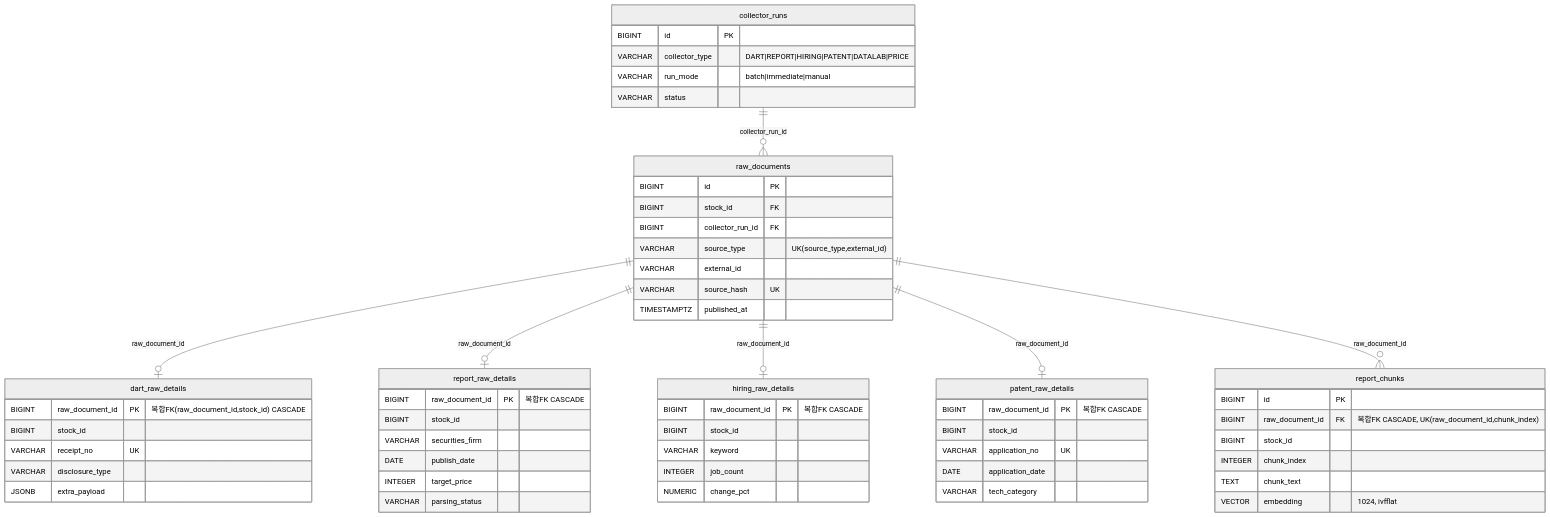
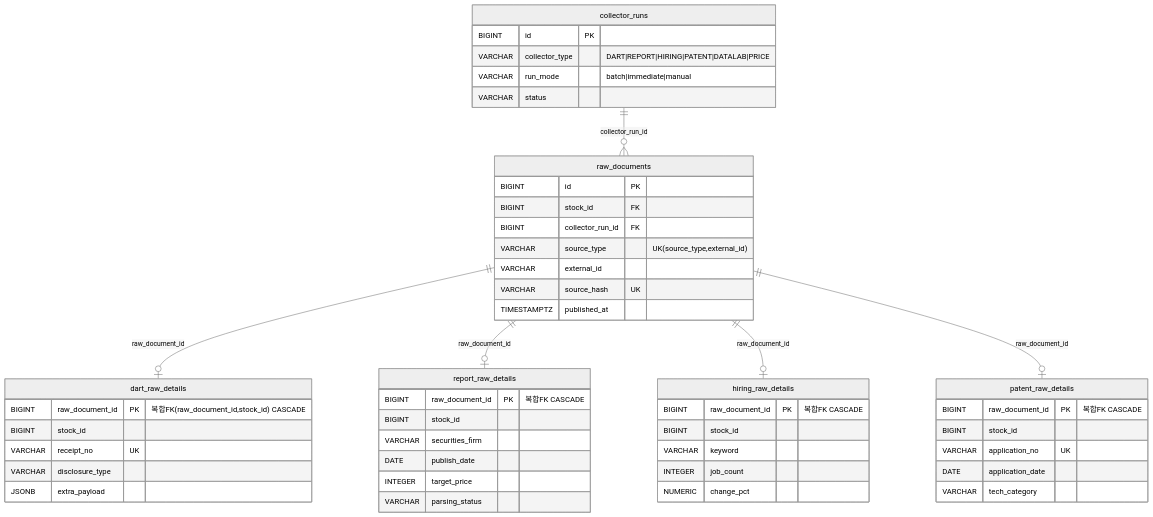
One commit to AIX14-3/signal-alpha changed the second of 10 diagrams in database/erd/signal_alpha_core_erd.md. Above: the diagram before and after it, drawn with Mermaid (neutral theme). The commit also changed other lines of this file and 16 other files, not shown here.

````diff
--- a/database/erd/signal_alpha_core_erd.md
+++ b/database/erd/signal_alpha_core_erd.md
@@ -59,68 +59,58 @@
 ```mermaid
 erDiagram
     collector_runs {
         BIGINT id PK
         VARCHAR collector_type "DART|REPORT|HIRING|PATENT|DATALAB|PRICE"
         VARCHAR run_mode "batch|immediate|manual"
         VARCHAR status
     }
 
     raw_documents {
         BIGINT id PK
         BIGINT stock_id FK
         BIGINT collector_run_id FK
         VARCHAR source_type "UK(source_type,external_id)"
         VARCHAR external_id
         VARCHAR source_hash UK
         TIMESTAMPTZ published_at
     }
 
     dart_raw_details {
         BIGINT raw_document_id PK "복합FK(raw_document_id,stock_id) CASCADE"
         BIGINT stock_id
         VARCHAR receipt_no UK
         VARCHAR disclosure_type
         JSONB extra_payload
     }
 
     report_raw_details {
         BIGINT raw_document_id PK "복합FK CASCADE"
         BIGINT stock_id
         VARCHAR securities_firm
         DATE publish_date
         INTEGER target_price
         VARCHAR parsing_status
     }
 
     hiring_raw_details {
         BIGINT raw_document_id PK "복합FK CASCADE"
         BIGINT stock_id
         VARCHAR keyword
         INTEGER job_count
         NUMERIC change_pct
     }
 
     patent_raw_details {
         BIGINT raw_document_id PK "복합FK CASCADE"
         BIGINT stock_id
         VARCHAR application_no UK
         DATE application_date
         VARCHAR tech_category
     }
 
-    report_chunks {
-        BIGINT id PK
-        BIGINT raw_document_id FK "복합FK CASCADE, UK(raw_document_id,chunk_index)"
-        BIGINT stock_id
-        INTEGER chunk_index
-        TEXT chunk_text
-        VECTOR embedding "1024, ivfflat"
-    }
-
     collector_runs ||--o{ raw_documents : "collector_run_id"
     raw_documents ||--o| dart_raw_details : "raw_document_id"
     raw_documents ||--o| report_raw_details : "raw_document_id"
     raw_documents ||--o| hiring_raw_details : "raw_document_id"
     raw_documents ||--o| patent_raw_details : "raw_document_id"
-    raw_documents ||--o{ report_chunks : "raw_document_id"
 ```
````
